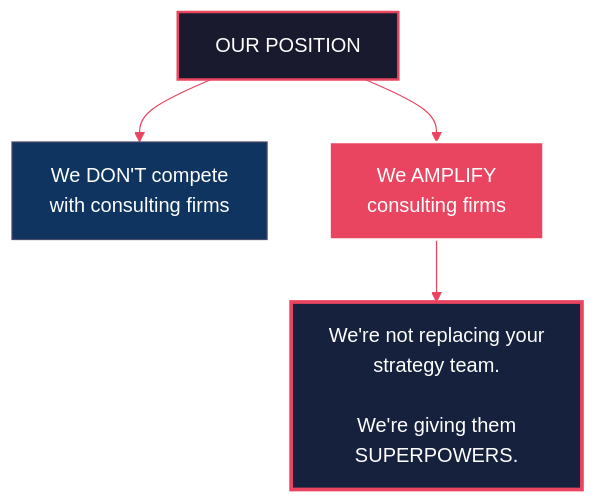
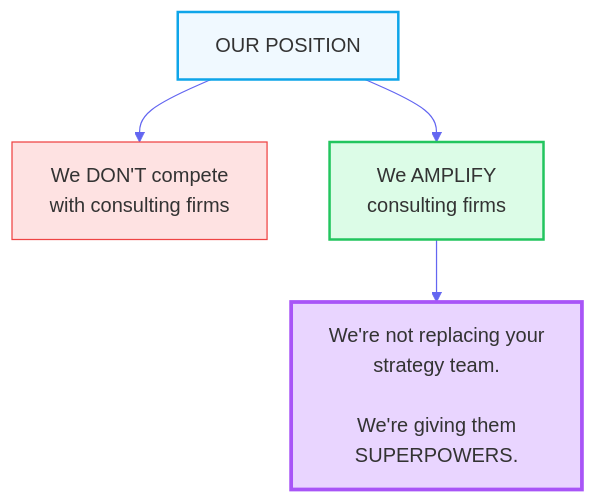
Diagram 11 of 13 in docs/resources/ai-intelligence-ecosystem.md (Light-Brands/light-consulting), drawn with Mermaid before and after one commit. The commit also changed other lines of this file, not shown here.

First line of the commit message:
Soften mermaid diagram colors for better readability

````diff
--- a/docs/resources/ai-intelligence-ecosystem.md
+++ b/docs/resources/ai-intelligence-ecosystem.md
@@ -395,15 +396,15 @@
 ```mermaid
-%%{init: {'theme': 'base', 'themeVariables': { 'primaryColor': '#1a1a2e', 'primaryTextColor': '#fff', 'lineColor': '#e94560'}}}%%
+%%{init: {'theme': 'default', 'themeVariables': { 'primaryColor': '#e0f2fe', 'primaryTextColor': '#0c4a6e', 'lineColor': '#6366f1'}}}%%
 flowchart TB
     position["OUR POSITION"]
 
     position --> notcompete["We DON'T compete<br/>with consulting firms"]
     position --> amplify["We AMPLIFY<br/>consulting firms"]
 
     amplify --> superpower["We're not replacing your<br/>strategy team.<br/><br/>We're giving them<br/>SUPERPOWERS."]
 
-    style position fill:#1a1a2e,stroke:#e94560,stroke-width:2px
-    style notcompete fill:#0f3460,stroke:#4a4a6a,stroke-width:1px
-    style amplify fill:#e94560,stroke:#fff,stroke-width:2px,color:#fff
-    style superpower fill:#16213e,stroke:#e94560,stroke-width:3px
+    style position fill:#f0f9ff,stroke:#0ea5e9,stroke-width:2px
+    style notcompete fill:#fee2e2,stroke:#ef4444,stroke-width:1px
+    style amplify fill:#dcfce7,stroke:#22c55e,stroke-width:2px
+    style superpower fill:#e9d5ff,stroke:#a855f7,stroke-width:3px
 ```
````
